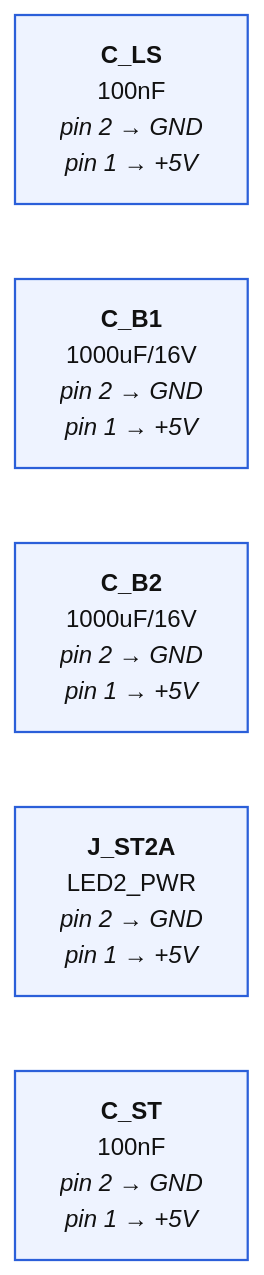
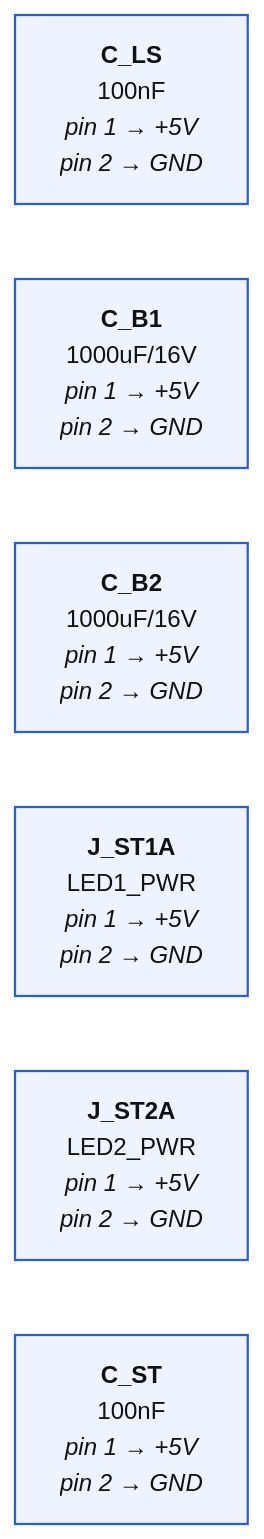
One commit to mrwillson2u/propmesh changed the fifth of 5 diagrams in hardware/pro/sheets/05-led.diagram.md. Above: the diagram before and after it, drawn with Mermaid (neutral theme). The commit also changed other lines of this file and 44 other files, not shown here.

````diff
--- a/hardware/pro/sheets/05-led.diagram.md
+++ b/hardware/pro/sheets/05-led.diagram.md
@@ -131,15 +138,16 @@
 ```mermaid
 graph LR
   classDef part fill:#eef3ff,stroke:#2b5fd9,stroke-width:1.5px,color:#111
   classDef net fill:#fff8e1,stroke:#b7791f,color:#111
   classDef rail fill:#ffe0b2,stroke:#e65100,stroke-width:3px,color:#111,font-weight:bold
   classDef badnet fill:#ffe0e0,stroke:#c00,stroke-width:3px,color:#111,font-weight:bold
   classDef absent fill:#fff,stroke:#c00,stroke-width:2px,stroke-dasharray:6 4,color:#c00
   classDef extra fill:#ffecec,stroke:#c00,stroke-width:2px,color:#111
   classDef dnp fill:#f5f5f5,stroke:#999,stroke-dasharray:3 3,color:#666
-  P_C_LS["<b>C_LS</b><br/>100nF<br/><i>pin 2 → GND</i><br/><i>pin 1 → +5V</i>"]:::part
-  P_C_B1["<b>C_B1</b><br/>1000uF/16V<br/><i>pin 2 → GND</i><br/><i>pin 1 → +5V</i>"]:::part
-  P_C_B2["<b>C_B2</b><br/>1000uF/16V<br/><i>pin 2 → GND</i><br/><i>pin 1 → +5V</i>"]:::part
-  P_J_ST2A["<b>J_ST2A</b><br/>LED2_PWR<br/><i>pin 2 → GND</i><br/><i>pin 1 → +5V</i>"]:::part
-  P_C_ST["<b>C_ST</b><br/>100nF<br/><i>pin 2 → GND</i><br/><i>pin 1 → +5V</i>"]:::part
+  P_C_LS["<b>C_LS</b><br/>100nF<br/><i>pin 1 → +5V</i><br/><i>pin 2 → GND</i>"]:::part
+  P_C_B1["<b>C_B1</b><br/>1000uF/16V<br/><i>pin 1 → +5V</i><br/><i>pin 2 → GND</i>"]:::part
+  P_C_B2["<b>C_B2</b><br/>1000uF/16V<br/><i>pin 1 → +5V</i><br/><i>pin 2 → GND</i>"]:::part
+  P_J_ST1A["<b>J_ST1A</b><br/>LED1_PWR<br/><i>pin 1 → +5V</i><br/><i>pin 2 → GND</i>"]:::part
+  P_J_ST2A["<b>J_ST2A</b><br/>LED2_PWR<br/><i>pin 1 → +5V</i><br/><i>pin 2 → GND</i>"]:::part
+  P_C_ST["<b>C_ST</b><br/>100nF<br/><i>pin 1 → +5V</i><br/><i>pin 2 → GND</i>"]:::part
 ```
````
